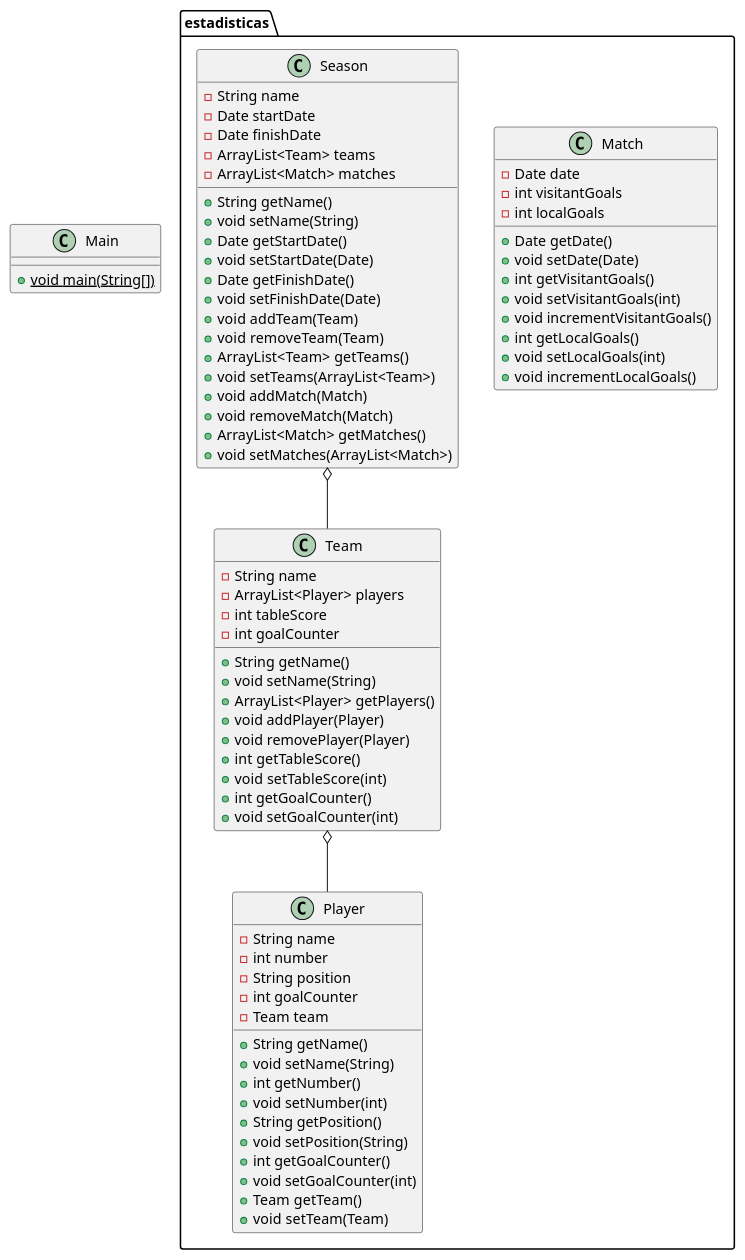
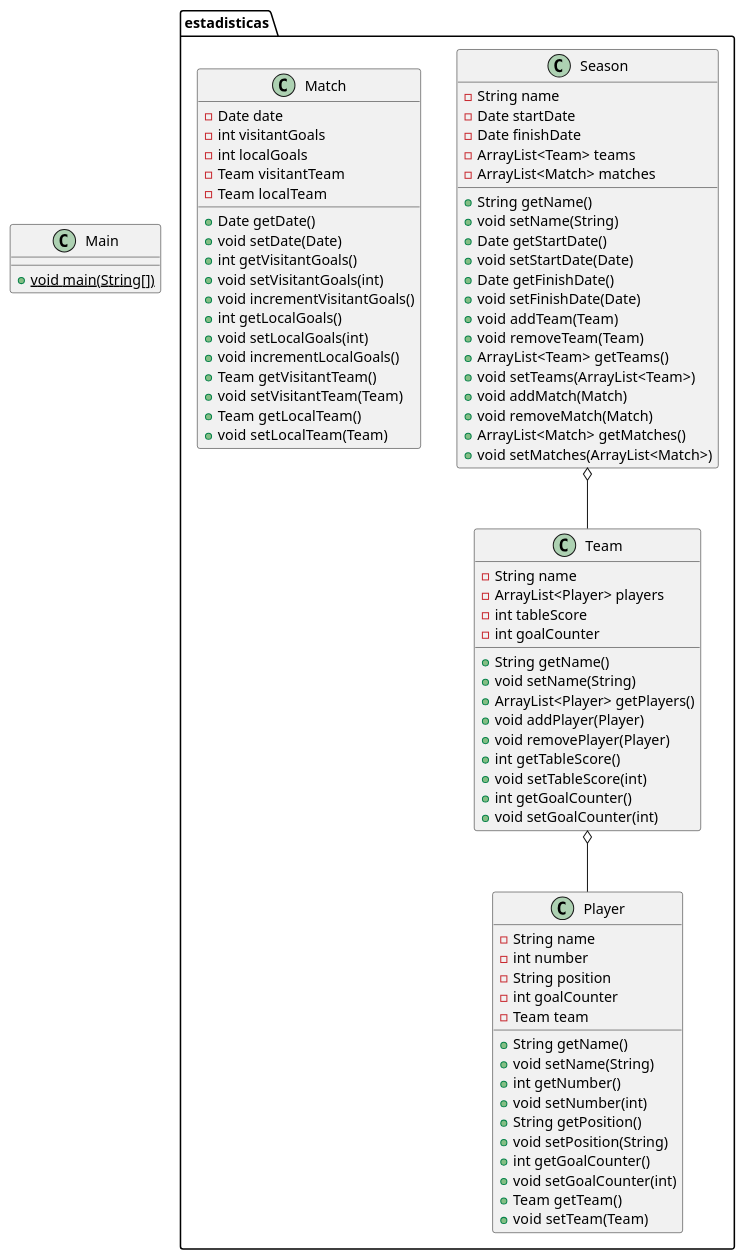
One commit to davinci-as/23.2_poo changed the diagram in clase_13/class_diagram.puml. Above: the diagram before and after it, drawn with PlantUML.

Commit message:
docs: update class diagram

```diff
--- a/clase_13/class_diagram.puml
+++ b/clase_13/class_diagram.puml
@@ -1,74 +1,80 @@
 @startuml
 class estadisticas.Team {
 - String name
 - ArrayList<Player> players
 - int tableScore
 - int goalCounter
 + String getName()
 + void setName(String)
 + ArrayList<Player> getPlayers()
 + void addPlayer(Player)
 + void removePlayer(Player)
 + int getTableScore()
 + void setTableScore(int)
 + int getGoalCounter()
 + void setGoalCounter(int)
-}
-class estadisticas.Player {
-- String name
-- int number
-- String position
-- int goalCounter
-- Team team
-+ String getName()
-+ void setName(String)
-+ int getNumber()
-+ void setNumber(int)
-+ String getPosition()
-+ void setPosition(String)
-+ int getGoalCounter()
-+ void setGoalCounter(int)
-+ Team getTeam()
-+ void setTeam(Team)
-}
-class Main {
-+ {static} void main(String[])
-}
-class estadisticas.Match {
-- Date date
-- int visitantGoals
-- int localGoals
-+ Date getDate()
-+ void setDate(Date)
-+ int getVisitantGoals()
-+ void setVisitantGoals(int)
-+ void incrementVisitantGoals()
-+ int getLocalGoals()
-+ void setLocalGoals(int)
-+ void incrementLocalGoals()
 }
 class estadisticas.Season {
 - String name
 - Date startDate
 - Date finishDate
 - ArrayList<Team> teams
 - ArrayList<Match> matches
 + String getName()
 + void setName(String)
 + Date getStartDate()
 + void setStartDate(Date)
 + Date getFinishDate()
 + void setFinishDate(Date)
 + void addTeam(Team)
 + void removeTeam(Team)
 + ArrayList<Team> getTeams()
 + void setTeams(ArrayList<Team>)
 + void addMatch(Match)
 + void removeMatch(Match)
 + ArrayList<Match> getMatches()
 + void setMatches(ArrayList<Match>)
 }
+class Main {
++ {static} void main(String[])
+}
+class estadisticas.Match {
+- Date date
+- int visitantGoals
+- int localGoals
+- Team visitantTeam
+- Team localTeam
++ Date getDate()
++ void setDate(Date)
++ int getVisitantGoals()
++ void setVisitantGoals(int)
++ void incrementVisitantGoals()
++ int getLocalGoals()
++ void setLocalGoals(int)
++ void incrementLocalGoals()
++ Team getVisitantTeam()
++ void setVisitantTeam(Team)
++ Team getLocalTeam()
++ void setLocalTeam(Team)
+}
+class estadisticas.Player {
+- String name
+- int number
+- String position
+- int goalCounter
+- Team team
++ String getName()
++ void setName(String)
++ int getNumber()
++ void setNumber(int)
++ String getPosition()
++ void setPosition(String)
++ int getGoalCounter()
++ void setGoalCounter(int)
++ Team getTeam()
++ void setTeam(Team)
+}
 
 estadisticas.Team o-- estadisticas.Player
 estadisticas.Season o-- estadisticas.Team
 @enduml
```
